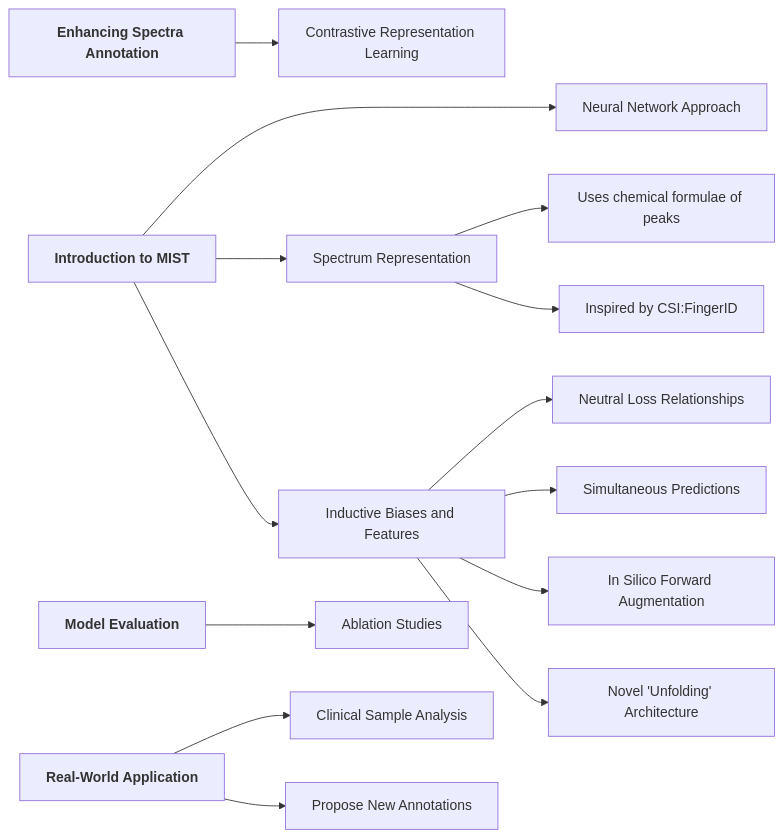
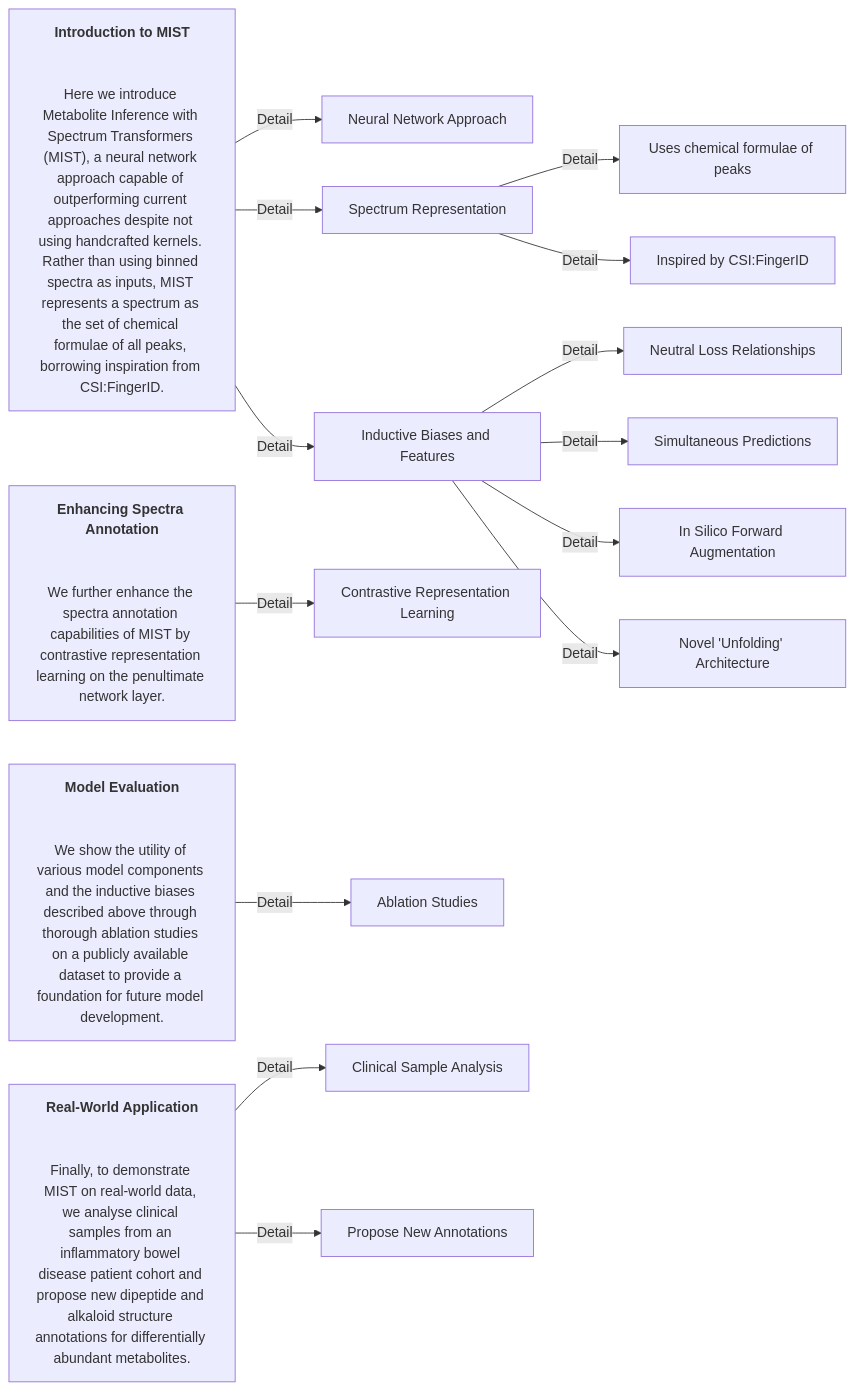
Before and after one commit to lamalab-org/toolminutes: the diagram in papers/Metabolite_MS_Transformer/annotating-metabolite-mass-spectra-with-domain-inspired-chemical-formula-transformers.md, drawn with Mermaid.

Commit message:
flowchart

````diff
--- a/papers/Metabolite_MS_Transformer/annotating-metabolite-mass-spectra-with-domain-inspired-chemical-formula-transformers.md
+++ b/papers/Metabolite_MS_Transformer/annotating-metabolite-mass-spectra-with-domain-inspired-chemical-formula-transformers.md
@@ -7,20 +7,21 @@
 ```mermaid
 %%{init: {"flowchart": {"htmlLabels": true}} }%%
 flowchart LR;
 
-Introduction_MIST["<b><center>Introduction to MIST</center></b>"] ---> Neural_Network_Approach["Neural Network Approach"];
-Introduction_MIST --> Spectrum_Representation["Spectrum Representation"];
-Introduction_MIST --> Inductive_Biases_and_Features["Inductive Biases and Features"];
-Inductive_Biases_and_Features --> Neutral_Loss_Relationships["Neutral Loss Relationships"];
-Inductive_Biases_and_Features --> Simultaneous_Predictions["Simultaneous Predictions"];
-Inductive_Biases_and_Features --> In_Silico_Forward_Augmentation["In Silico Forward Augmentation"];
-Inductive_Biases_and_Features --> Novel_Unfolding_Architecture["Novel 'Unfolding' Architecture"];
-Spectrum_Representation --> Chemical_Formulae_of_Peaks["Uses chemical formulae of peaks"];
-Spectrum_Representation --> Inspired_by_CSI_FingerID["Inspired by CSI:FingerID"];
+Introduction_MIST["<b><center>Introduction to MIST</center></b>\n\nHere we introduce Metabolite Inference with Spectrum Transformers (MIST), a neural network approach capable of outperforming current approaches despite not using handcrafted kernels. Rather than using binned spectra as inputs, MIST represents a spectrum as the set of chemical formulae of all peaks, borrowing inspiration from CSI:FingerID."] -->|Detail| Neural_Network_Approach["Neural Network Approach"];
+Introduction_MIST -->|Detail| Spectrum_Representation["Spectrum Representation"];
+Introduction_MIST -->|Detail| Inductive_Biases_and_Features["Inductive Biases and Features"];
+Inductive_Biases_and_Features -->|Detail| Neutral_Loss_Relationships["Neutral Loss Relationships"];
+Inductive_Biases_and_Features -->|Detail| Simultaneous_Predictions["Simultaneous Predictions"];
+Inductive_Biases_and_Features -->|Detail| In_Silico_Forward_Augmentation["In Silico Forward Augmentation"];
+Inductive_Biases_and_Features -->|Detail| Novel_Unfolding_Architecture["Novel 'Unfolding' Architecture"];
+Spectrum_Representation -->|Detail| Chemical_Formulae_of_Peaks["Uses chemical formulae of peaks"];
+Spectrum_Representation -->|Detail| Inspired_by_CSI_FingerID["Inspired by CSI:FingerID"];
 
-Enhancing_Spectra_Annotation["<b><center>Enhancing Spectra Annotation</center></b>"] --> Contrastive_Representation_Learning["Contrastive Representation Learning"];
-Model_Evaluation["<b><center>Model Evaluation</center></b>"] --> Ablation_Studies["Ablation Studies"];
-Real_World_Application["<b><center>Real-World Application</center></b>"] --> Clinical_Sample_Analysis["Clinical Sample Analysis"];
-Real_World_Application --> Propose_New_Annotations["Propose New Annotations"];
+Enhancing_Spectra_Annotation["<b><center>Enhancing Spectra Annotation</center></b>\n\nWe further enhance the spectra annotation capabilities of MIST by contrastive representation learning on the penultimate network layer."] -->|Detail| Contrastive_Representation_Learning["Contrastive Representation Learning"];
+Model_Evaluation["<b><center>Model Evaluation</center></b>\n\nWe show the utility of various model components and the inductive biases described above through thorough ablation studies on a publicly available dataset to provide a foundation for future model development."] -->|Detail| Ablation_Studies["Ablation Studies"];
+Real_World_Application["<b><center>Real-World Application</center></b>\n\nFinally, to demonstrate MIST on real-world data, we analyse clinical samples from an inflammatory bowel disease patient cohort and propose new dipeptide and alkaloid structure annotations for differentially abundant metabolites."] -->|Detail| Clinical_Sample_Analysis["Clinical Sample Analysis"];
+Real_World_Application -->|Detail| Propose_New_Annotations["Propose New Annotations"];
+
 
 ```
````
